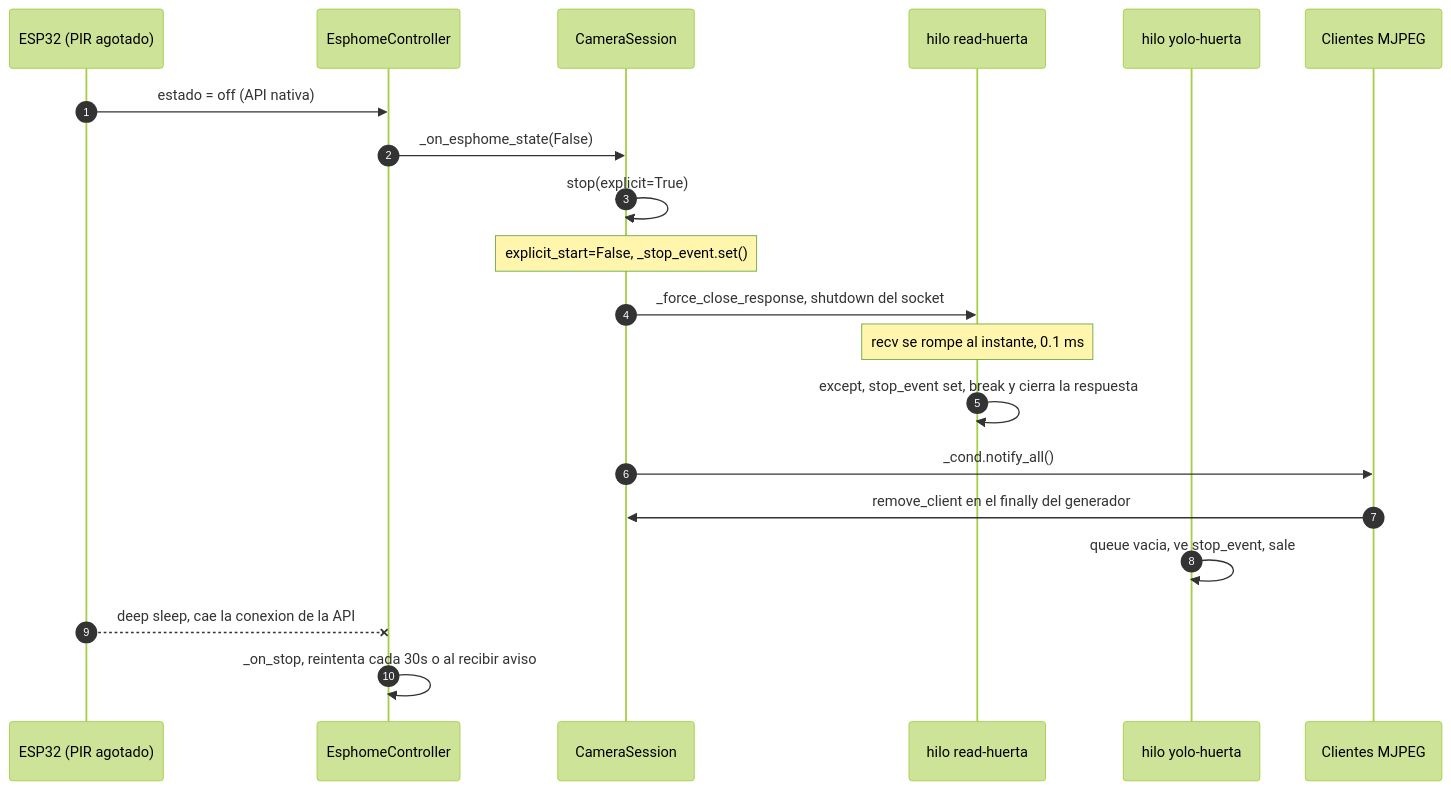
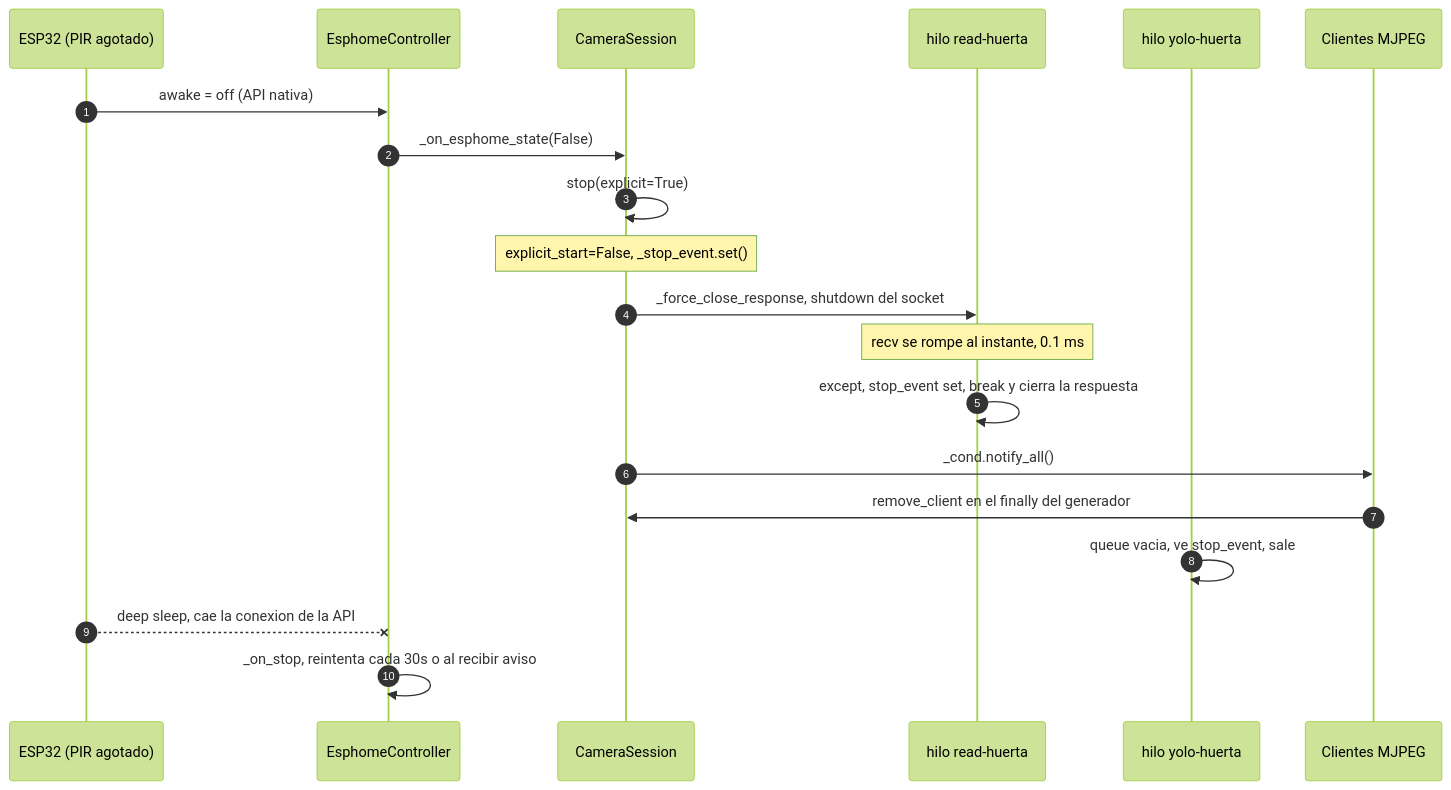
Before and after one commit to buho29/smart-sentry: the second of 3 diagrams in detect/docs/CICLO-DE-VIDA.md, drawn with Mermaid (forest theme). The commit also changed other lines of this file and 16 other files, not shown here.

````diff
--- a/detect/docs/CICLO-DE-VIDA.md
+++ b/detect/docs/CICLO-DE-VIDA.md
@@ -205,23 +205,23 @@
 ```mermaid
 sequenceDiagram
     autonumber
     participant ESP as ESP32 (PIR agotado)
     participant EC as EsphomeController
     participant S as CameraSession
     participant RL as hilo read-huerta
     participant PL as hilo yolo-huerta
     participant C as Clientes MJPEG
 
-    ESP->>EC: estado = off (API nativa)
+    ESP->>EC: awake = off (API nativa)
     EC->>S: _on_esphome_state(False)
     S->>S: stop(explicit=True)
     Note over S: explicit_start=False, _stop_event.set()
     S->>RL: _force_close_response, shutdown del socket
     Note over RL: recv se rompe al instante, 0.1 ms
     RL->>RL: except, stop_event set, break y cierra la respuesta
     S->>C: _cond.notify_all()
     C->>S: remove_client en el finally del generador
     PL->>PL: queue vacia, ve stop_event, sale
     ESP--xEC: deep sleep, cae la conexion de la API
     EC->>EC: _on_stop, reintenta cada 30s o al recibir aviso
 ```
````
